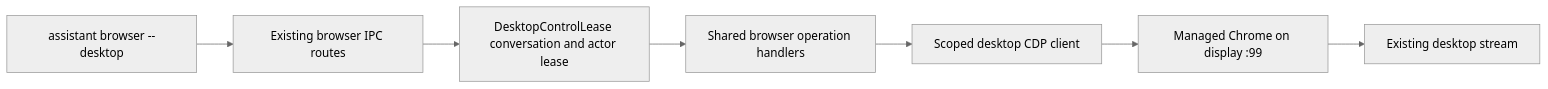
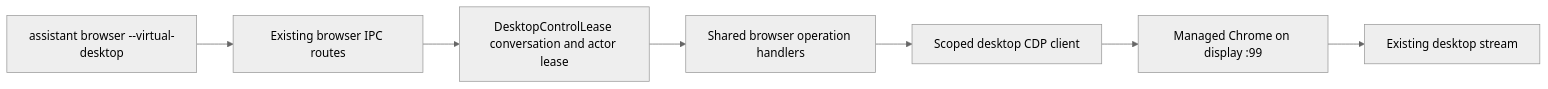
One commit to mouse-value-add/vellum-assistant changed the diagram in assistant/docs/desktop-browser-cli.md. Above: the diagram before and after it, drawn with Mermaid (neutral theme). The commit also changed other lines of this file and 37 other files, not shown here.

Commit message:
Rename virtual desktop and restrict it to platform assistants

````diff
--- a/assistant/docs/desktop-browser-cli.md
+++ b/assistant/docs/desktop-browser-cli.md
@@ -7,9 +9,9 @@
 ```mermaid
 flowchart LR
-  CLI[assistant browser --desktop] --> IPC[Existing browser IPC routes]
+  CLI[assistant browser --virtual-desktop] --> IPC[Existing browser IPC routes]
   IPC --> Lease[DesktopControlLease conversation and actor lease]
   Lease --> Shared[Shared browser operation handlers]
   Shared --> CDP[Scoped desktop CDP client]
   CDP --> Chrome[Managed Chrome on display :99]
   Chrome --> Stream[Existing desktop stream]
 ```
````
